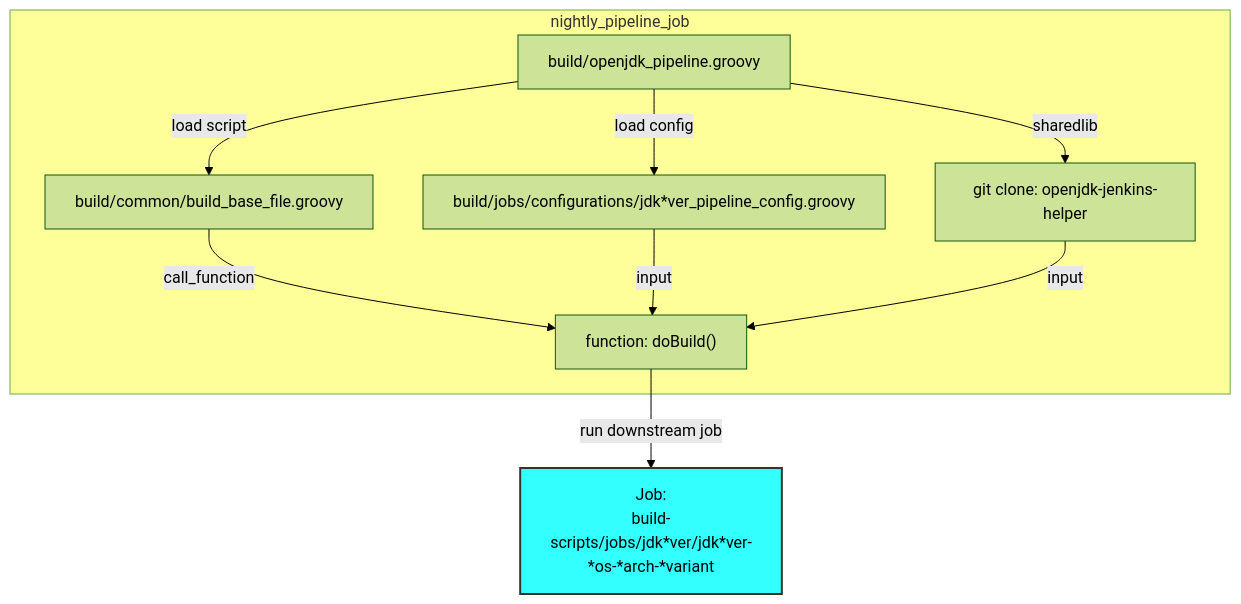
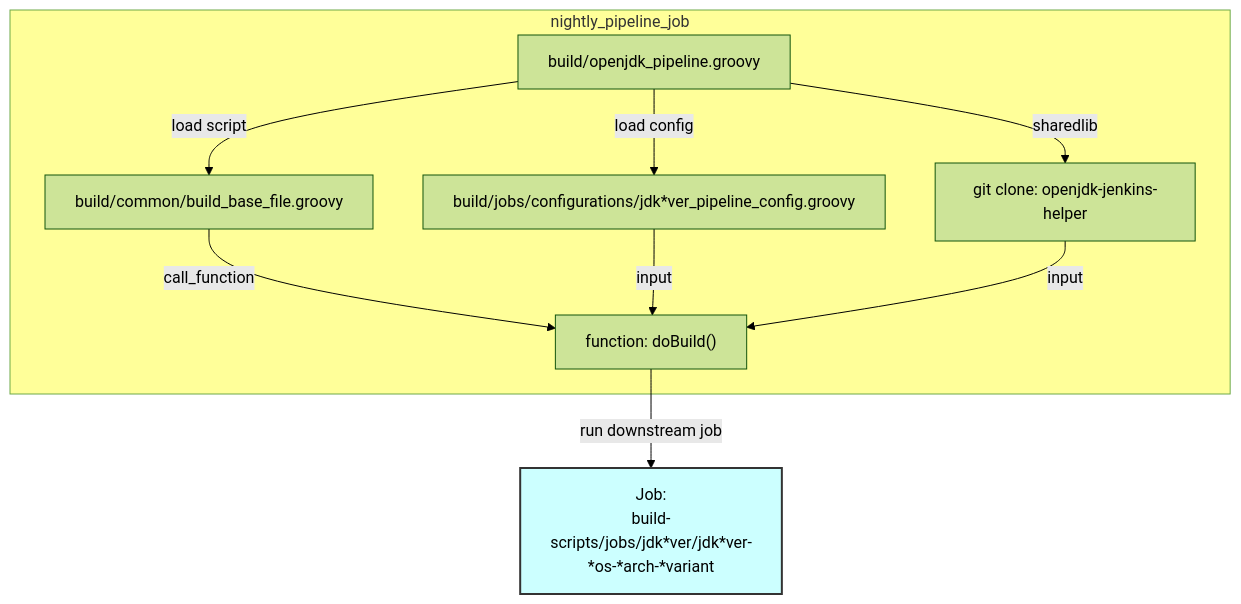
One commit to adoptium/ci-jenkins-pipelines changed the fourth of 9 diagrams in docs/diagram.md. Above: the diagram before and after it, drawn with Mermaid (forest theme). The commit also changed other lines of this file, not shown here.

````diff
--- a/docs/diagram.md
+++ b/docs/diagram.md
@@ -115,28 +122,28 @@
 ```mermaid
 
 flowchart TD
 
 subgraph nightly_pipeline_job
 
-Call[build/openjdk_pipeline.groovy] --load script--> 
+Call[build/openjdk_pipeline.groovy] --load script-->
 Load1[build/common/build_base_file.groovy]
- 
+
 Call --load config--> Load2[build/jobs/configurations/jdk*ver_pipeline_config.groovy]
-
-Call --sharedlib --> 
+Call --sharedlib -->
 Load3["git clone: openjdk-jenkins-helper"]
 
 Load1 --call_function--> Build["function: doBuild()"]
 Load2 --input--> Build
 Load3 --input--> Build
+
 end
 
 Build --"run downstream job" -->
 Done["Job:\nbuild-scripts/jobs/jdk*ver/jdk*ver-*os-*arch-*variant"]
 
 classDef yellow fill:#ffff99
-classDef c12 fill:#33ffff,stroke:#333,stroke-width:2px
+classDef c12 fill:#ccffff,stroke:#333,stroke-width:2px
 class nightly_pipeline_job yellow
 class Done c12
 
 ```
````
